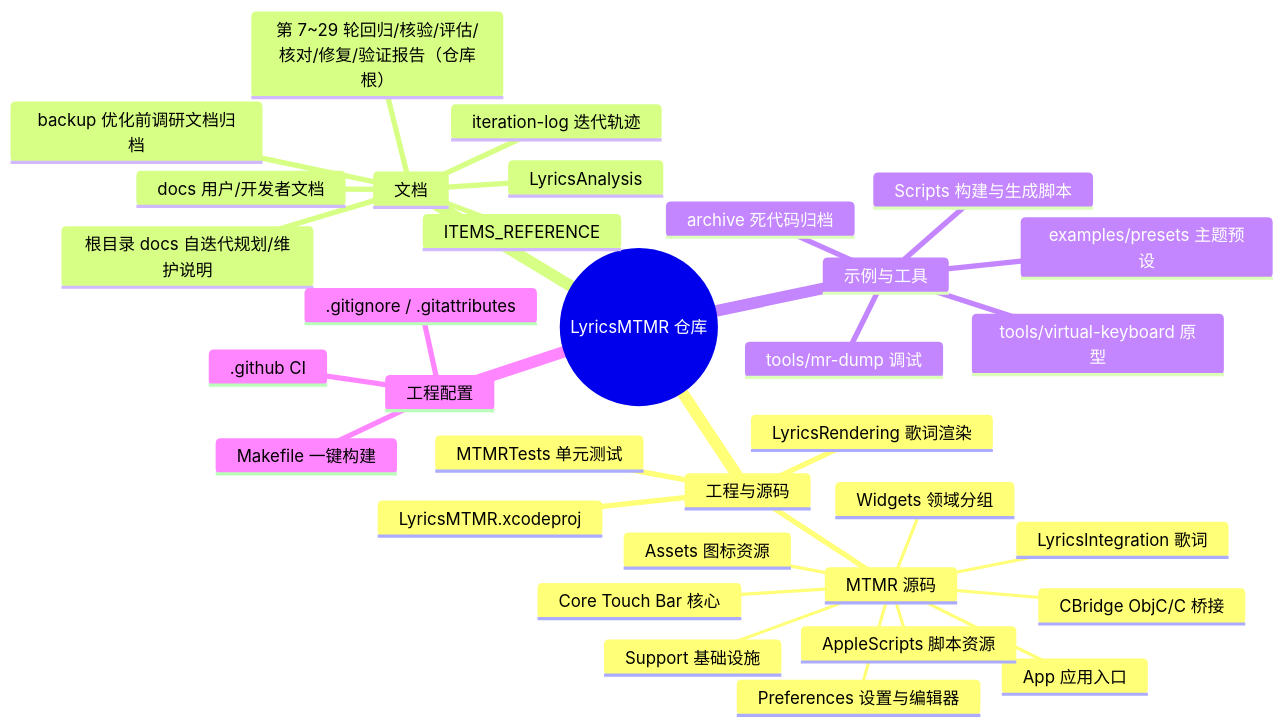
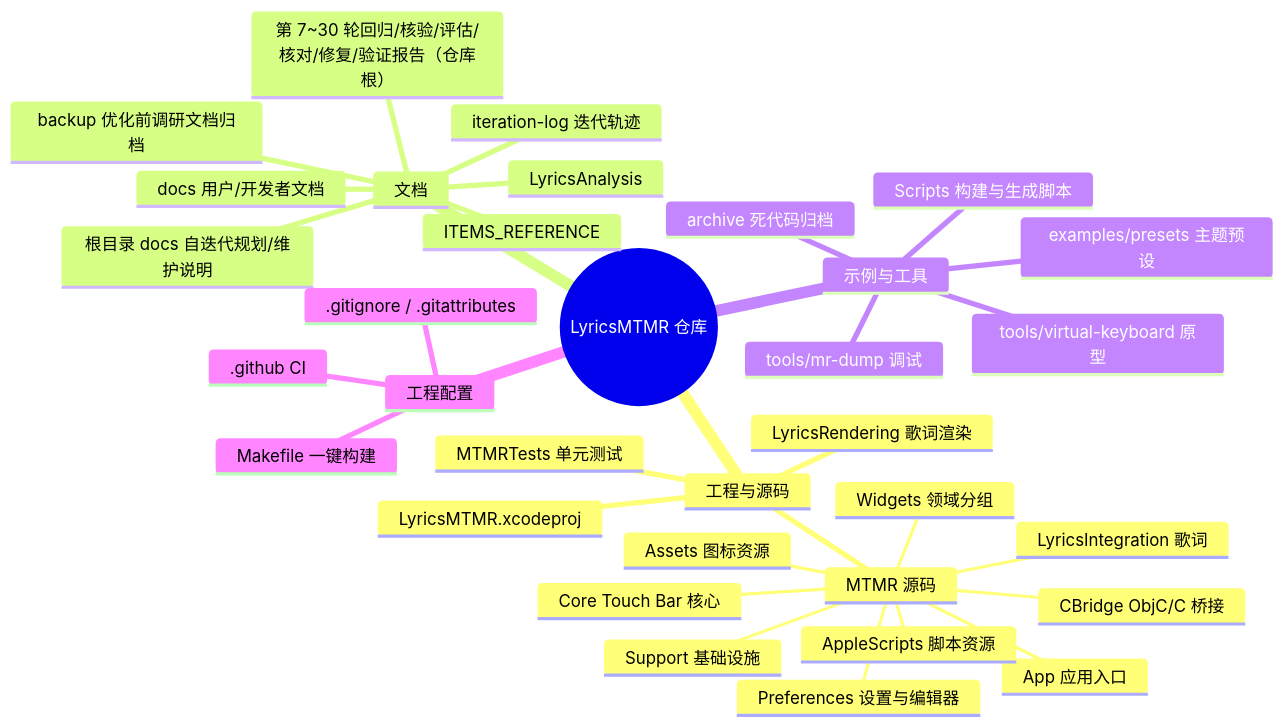
Before and after one commit to Tangzishun-Li/LyricsMTMR: the first of 2 diagrams in LyricsMTMR/docs/file-structure.zh.md, drawn with Mermaid. The commit also changed other lines of this file and 3 other files, not shown here.

````diff
--- a/LyricsMTMR/docs/file-structure.zh.md
+++ b/LyricsMTMR/docs/file-structure.zh.md
@@ -10,36 +10,36 @@
 ```mermaid
 mindmap
   root((LyricsMTMR 仓库))
     工程与源码
       LyricsMTMR.xcodeproj
       MTMR 源码
         App 应用入口
         Core Touch Bar 核心
         Support 基础设施
         Widgets 领域分组
         Preferences 设置与编辑器
         LyricsIntegration 歌词
         CBridge ObjC/C 桥接
         AppleScripts 脚本资源
         Assets 图标资源
       LyricsRendering 歌词渲染
       MTMRTests 单元测试
     文档
       docs 用户/开发者文档
       ITEMS_REFERENCE
       LyricsAnalysis
       backup 优化前调研文档归档
       iteration-log 迭代轨迹
       根目录 docs 自迭代规划/维护说明
-      第 7~29 轮回归/核验/评估/核对/修复/验证报告（仓库根）
+      第 7~30 轮回归/核验/评估/核对/修复/验证报告（仓库根）
     示例与工具
       examples/presets 主题预设
       tools/mr-dump 调试
       tools/virtual-keyboard 原型
       Scripts 构建与生成脚本
       archive 死代码归档
     工程配置
       .github CI
       .gitignore / .gitattributes
       Makefile 一键构建
 ```
````
